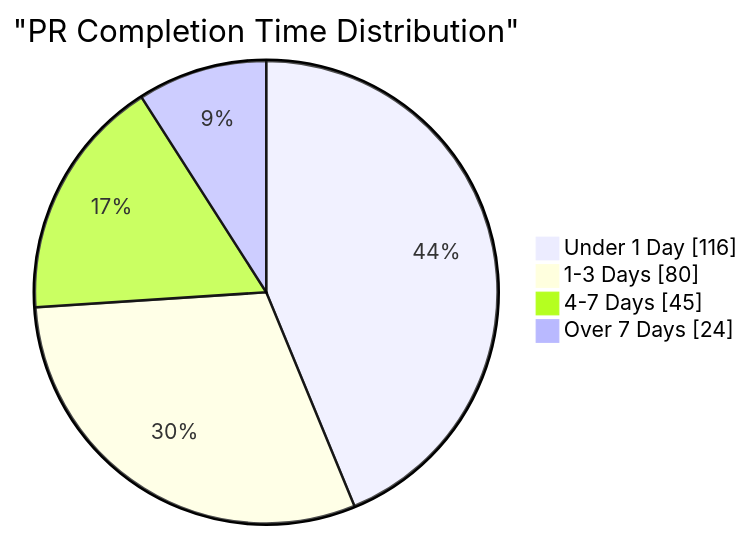
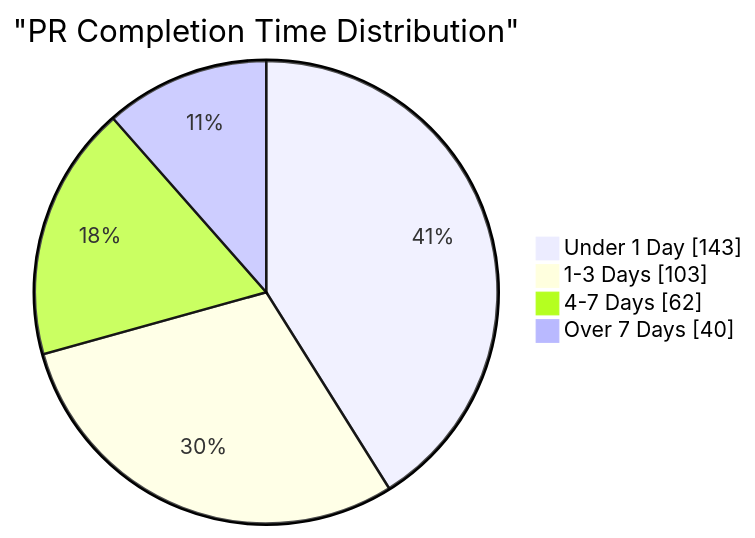
One commit to microsoft/edge-ai changed the fourth of 11 diagrams in docs/contributions.md. Above: the diagram before and after it, drawn with Mermaid. The commit also changed other lines of this file and 18 other files, not shown here.

````diff
--- a/docs/contributions.md
+++ b/docs/contributions.md
@@ -90,9 +67,9 @@
 ``` mermaid
 
 pie showData
     title "PR Completion Time Distribution"
-    "Under 1 Day" : 116
-    "1-3 Days" : 80
-    "4-7 Days" : 45
-    "Over 7 Days" : 24
+    "Under 1 Day" : 143
+    "1-3 Days" : 103
+    "4-7 Days" : 62
+    "Over 7 Days" : 40
 ```
````
